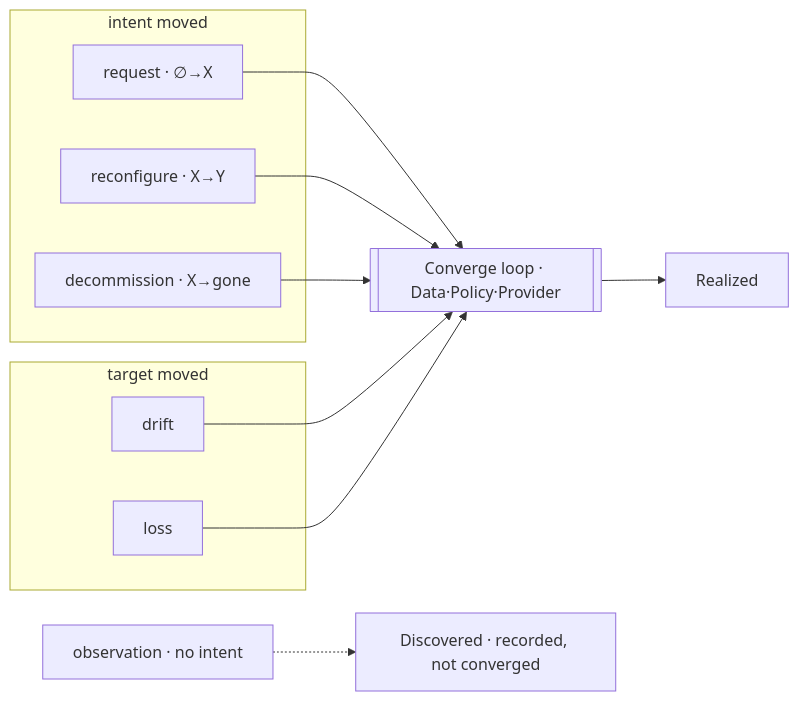
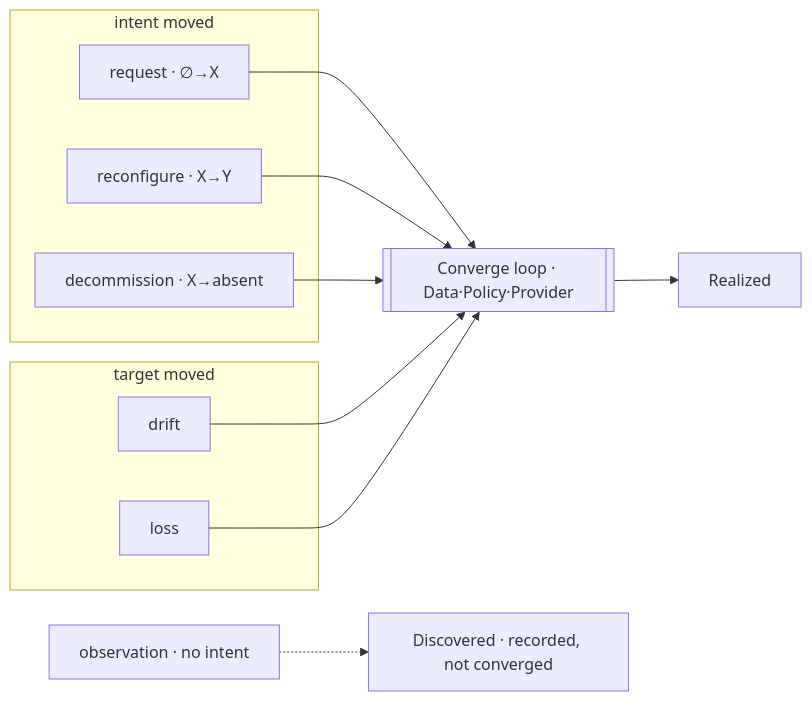
Before and after one commit to croadfeldt/udlm: the third of 5 diagrams in docs/flows/lifecycle-convergence.md, drawn with Mermaid. The commit also changed other lines of this file and 1 other file, not shown here.

First line of the commit message:
docs: clarify decommission intent = 'absent' (not 'gone'); record retained

````diff
--- a/docs/flows/lifecycle-convergence.md
+++ b/docs/flows/lifecycle-convergence.md
@@ -56,20 +56,20 @@
 ```mermaid
 flowchart LR
     subgraph MI [intent moved]
         RQ[request · ∅→X]
         RCF[reconfigure · X→Y]
-        DEC[decommission · X→gone]
+        DEC[decommission · X→absent]
     end
     subgraph MT [target moved]
         DRI[drift]
         LOSS[loss]
     end
     OBS[observation · no intent]
     RQ --> LOOP[[Converge loop · Data·Policy·Provider]]
     RCF --> LOOP
     DEC --> LOOP
     DRI --> LOOP
     LOSS --> LOOP
     LOOP --> RZ[Realized]
     OBS -.-> DSC[Discovered · recorded, not converged]
 ```
````
